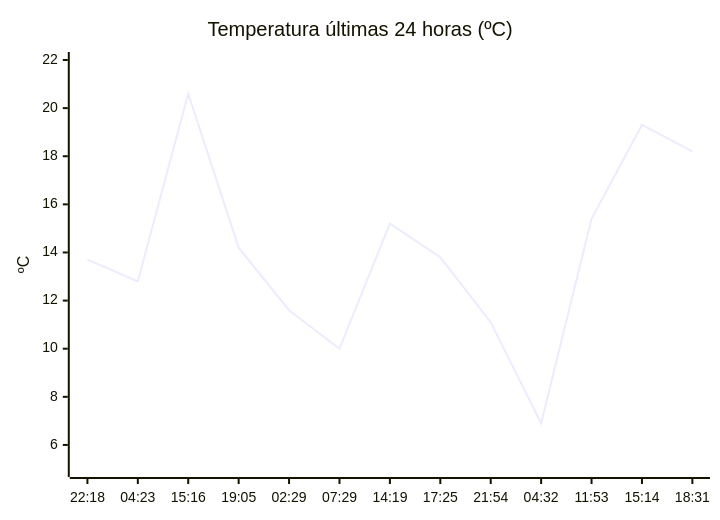
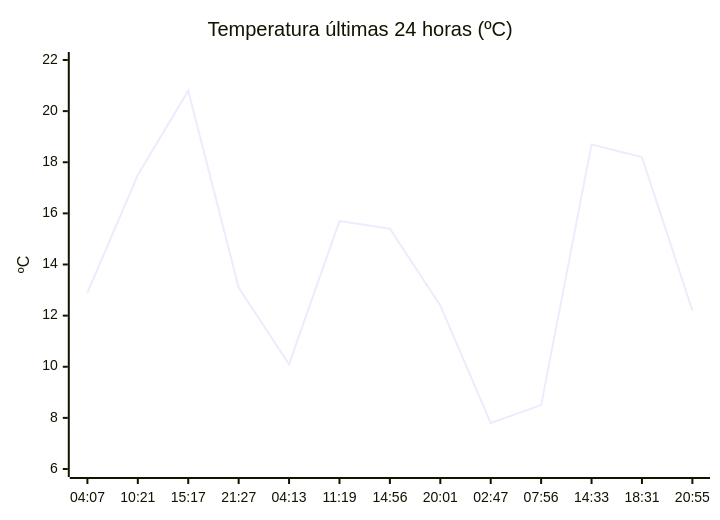
Before and after one commit to solidsnk86/rem-scrap: the diagram in README.md, drawn with Mermaid. The commit also changed other lines of this file, not shown here.

````diff
--- a/README.md
+++ b/README.md
@@ -32,7 +28,7 @@
 ```mermaid
 xychart-beta
     title "Temperatura últimas 24 horas (ºC)"
-    x-axis ["22:18", "04:23", "15:16", "19:05", "02:29", "07:29", "14:19", "17:25", "21:54", "04:32", "11:53", "15:14", "18:31"]
-    y-axis "ºC" 5 --> 22
-    line [13.7, 12.8, 20.6, 14.2, 11.6, 10, 15.2, 13.8, 11.1, 6.9, 15.4, 19.3, 18.2]
+    x-axis ["04:07", "10:21", "15:17", "21:27", "04:13", "11:19", "14:56", "20:01", "02:47", "07:56", "14:33", "18:31", "20:55"]
+    y-axis "ºC" 6 --> 22
+    line [12.9, 17.5, 20.8, 13.1, 10.1, 15.7, 15.4, 12.4, 7.8, 8.5, 18.7, 18.2, 12.2]
 ```
````
